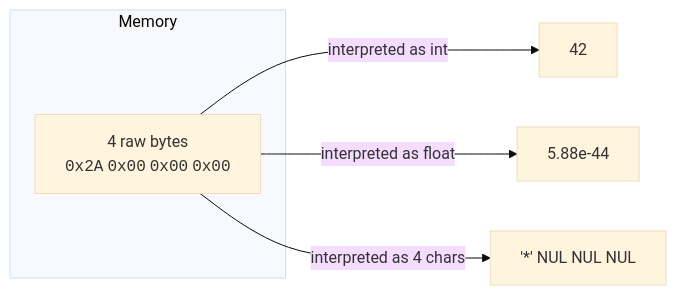
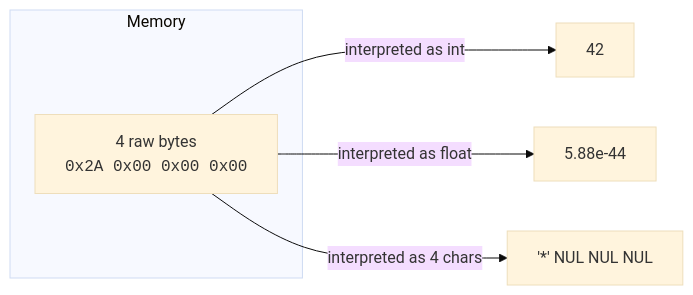
One commit to dataslope/dataslope changed the second of 4 diagrams in content/courses/from-zero-to-cpp/variables-and-memory.mdx. Above: the diagram before and after it, drawn with Mermaid (base theme). The commit also changed 52 other files, not shown here.

First line of the commit message:
Set SQL keywords in mermaid labels as code, and 10 more breakdowns

````diff
--- a/content/courses/from-zero-to-cpp/variables-and-memory.mdx
+++ b/content/courses/from-zero-to-cpp/variables-and-memory.mdx
@@ -119,9 +119,9 @@
 ```mermaid
 flowchart LR
     subgraph Memory
-        B["4 raw bytes<br/><code>0x2A</code> <code>0x00</code> <code>0x00</code> <code>0x00</code>"]
+        B["4 raw bytes<br/><code>0x2A 0x00 0x00 0x00</code>"]
     end
     B -->|interpreted as int| I[42]
     B -->|interpreted as float| F[5.88e-44]
     B -->|interpreted as 4 chars| C["'*' NUL NUL NUL"]
 ```
````
